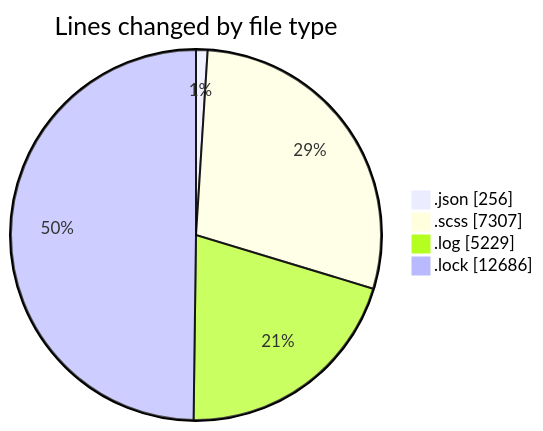
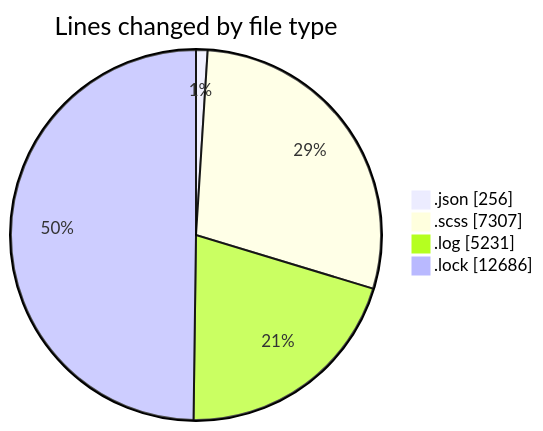
One commit to momahboobian/code-tracking changed the first of 2 diagrams in 2026-01-22/cda/README.md. Above: the diagram before and after it, drawn with Mermaid. The commit also changed other lines of this file and 1 other file, not shown here.

````diff
--- a/2026-01-22/cda/README.md
+++ b/2026-01-22/cda/README.md
@@ -80,8 +80,8 @@
 ```mermaid
 pie showData
 title Lines changed by file type
 ".json" : 256
 ".scss" : 7307
-".log" : 5229
+".log" : 5231
 ".lock" : 12686
 ```
````
